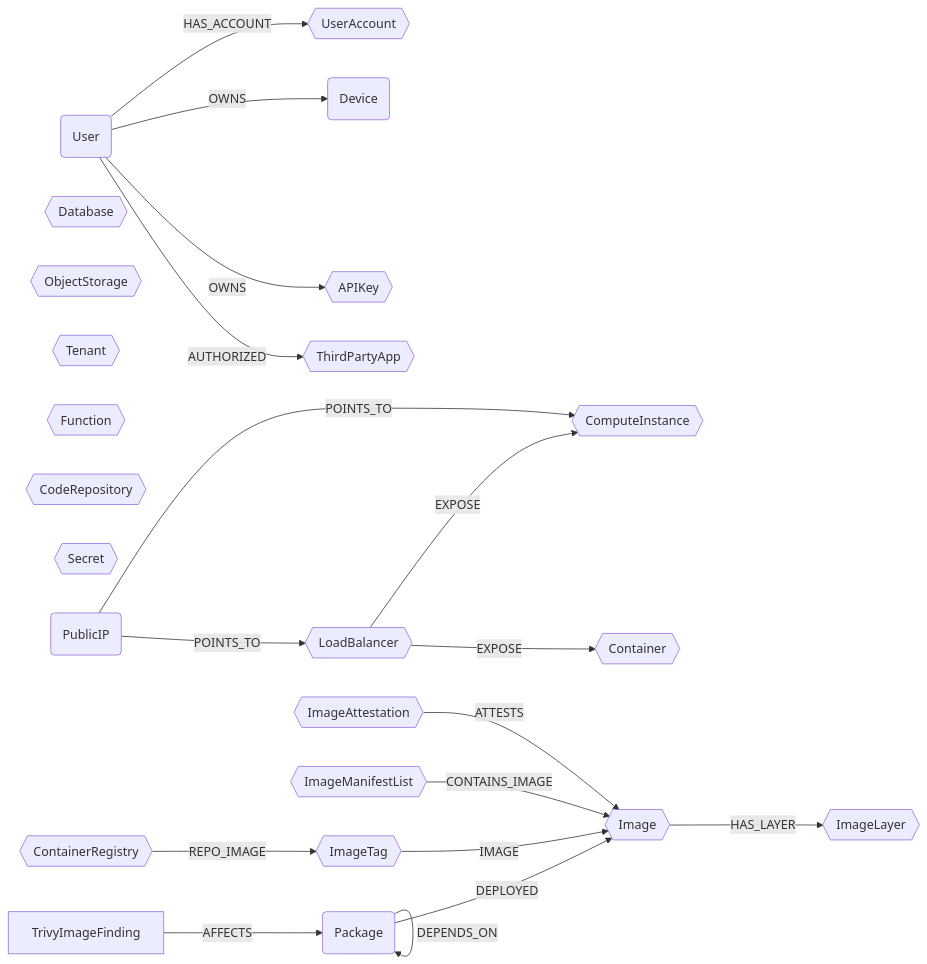
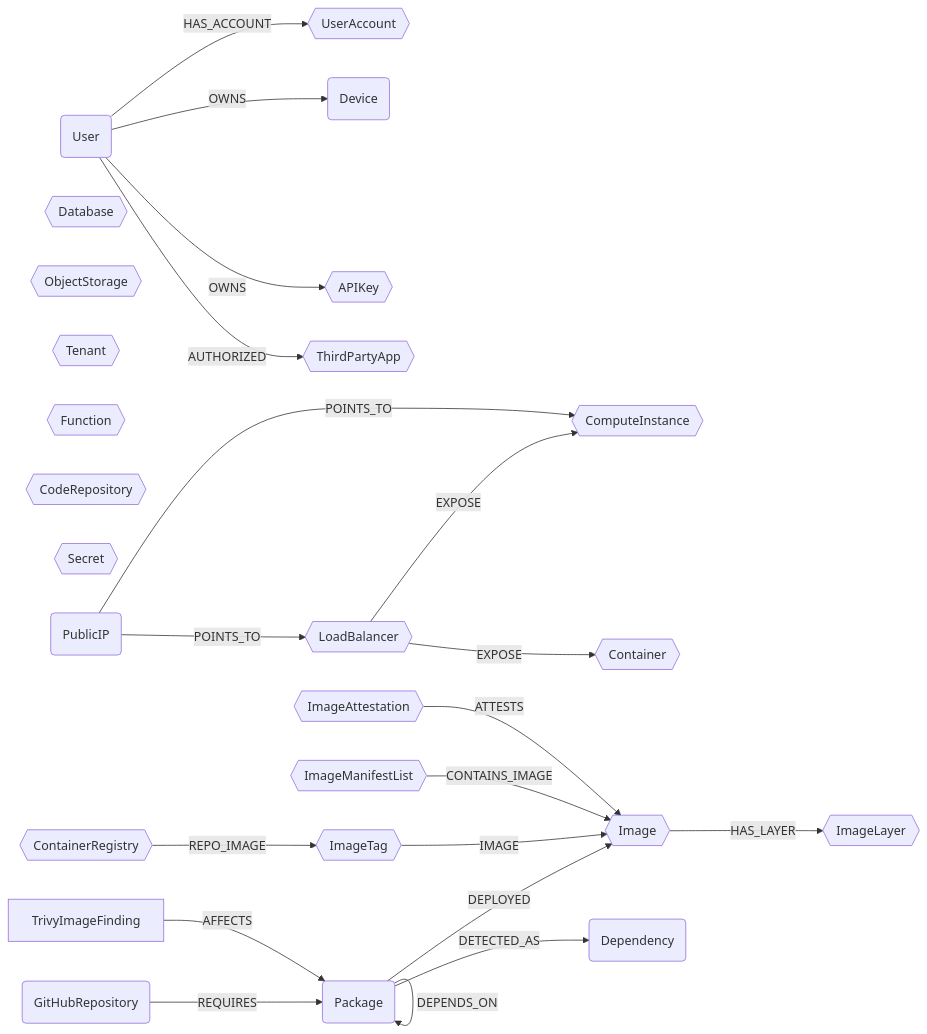
Before and after one commit to cartography-cncf/cartography: the diagram in docs/root/modules/ontology/schema.md, drawn with Mermaid. The commit also changed other lines of this file and 8 other files, not shown here.

````diff
--- a/docs/root/modules/ontology/schema.md
+++ b/docs/root/modules/ontology/schema.md
@@ -6,26 +6,28 @@
 ```mermaid
 graph LR
 
 U(User) -- HAS_ACCOUNT --> UA{{UserAccount}}
 U -- OWNS --> CC(Device)
 U -- OWNS --> AK{{APIKey}}
 U -- AUTHORIZED --> OA{{ThirdPartyApp}}
 LB{{LoadBalancer}} -- EXPOSE --> CI{{ComputeInstance}}
 LB{{LoadBalancer}} -- EXPOSE --> CT{{Container}}
 DB{{Database}}
 OS{{ObjectStorage}}
 TN{{Tenant}}
 FN{{Function}}
 REPO{{CodeRepository}}
 SC{{Secret}}
 PIP(PublicIP) -- POINTS_TO --> LB
 PIP -- POINTS_TO --> CI
 PKG(Package) -- DEPLOYED --> IM{{Image}}
 PKG -- DEPENDS_ON --> PKG
+PKG -- DETECTED_AS --> DEP(Dependency)
+R(GitHubRepository) -- REQUIRES --> PKG
 F[TrivyImageFinding] -- AFFECTS --> PKG
 CR{{ContainerRegistry}} -- REPO_IMAGE --> IT{{ImageTag}}
 IT -- IMAGE --> IM
 IML{{ImageManifestList}} -- CONTAINS_IMAGE --> IM
 IA{{ImageAttestation}} -- ATTESTS --> IM
 IM -- HAS_LAYER --> IL{{ImageLayer}}
 ```
````
